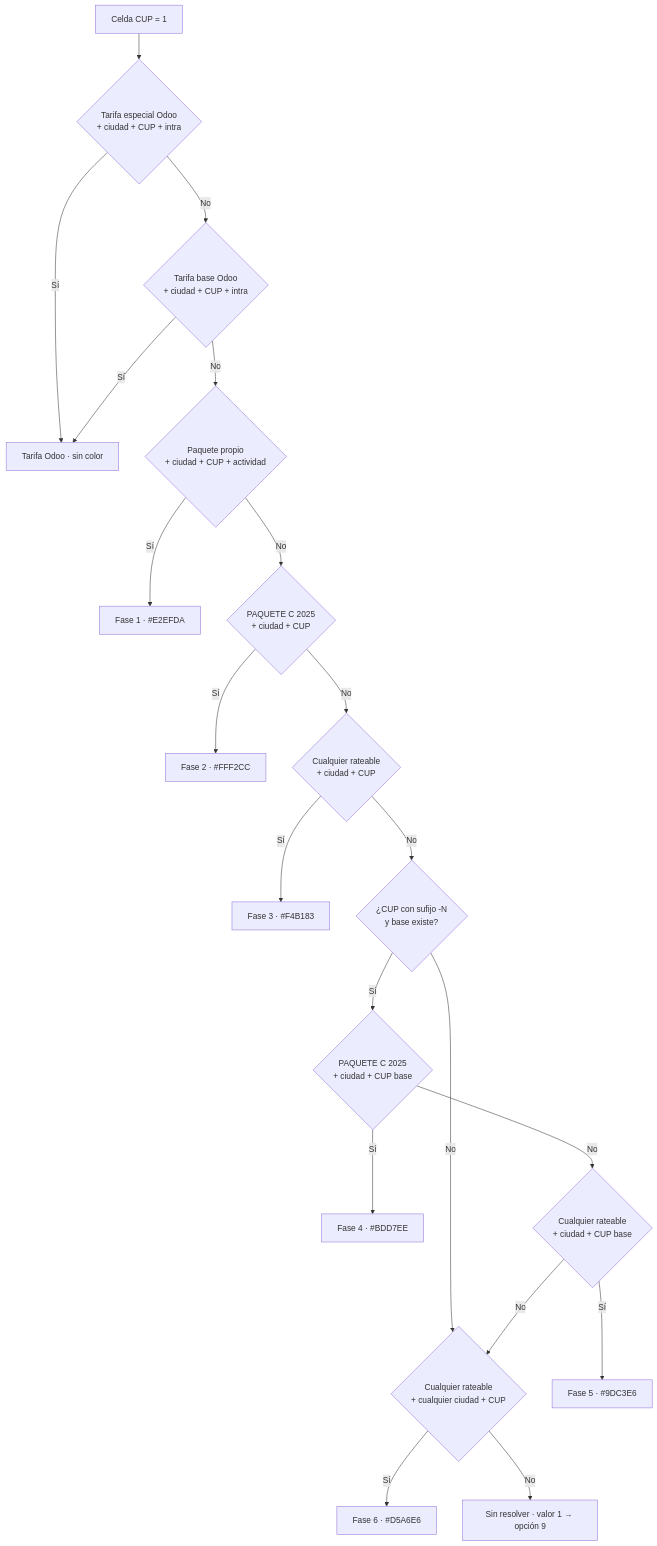
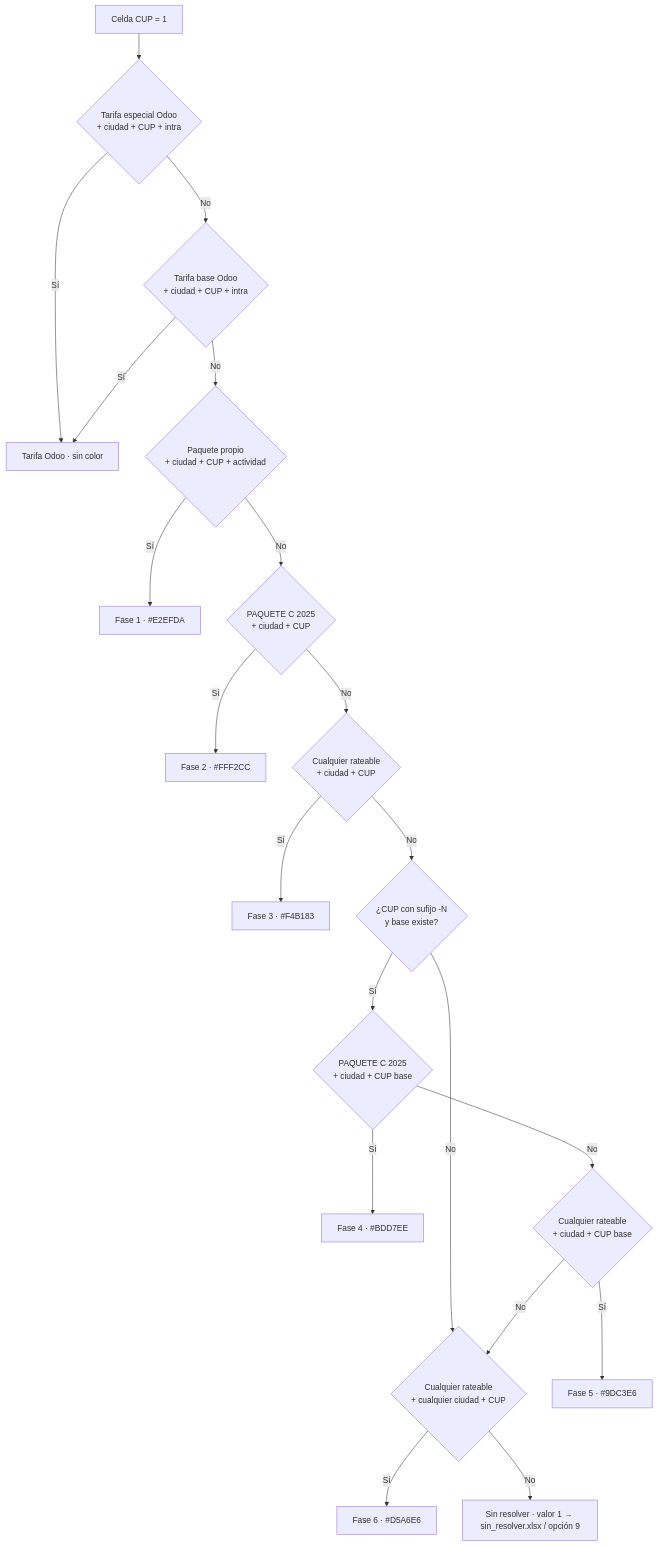
Before and after one commit to santo2409/Facturacion: the ninth of 12 diagrams in docs/c4-diagrams.md, drawn with Mermaid. The commit also changed other lines of this file, not shown here.

Commit message:
docs(docs): update c4-diagrams

````diff
--- a/docs/c4-diagrams.md
+++ b/docs/c4-diagrams.md
@@ -429,22 +429,22 @@
 ```mermaid
 flowchart TD
     S[Celda CUP = 1] --> OE{Tarifa especial Odoo<br/>+ ciudad + CUP + intra}
     OE -->|Sí| CO[Tarifa Odoo · sin color]
     OE -->|No| OB{Tarifa base Odoo<br/>+ ciudad + CUP + intra}
     OB -->|Sí| CO
     OB -->|No| P1{Paquete propio<br/>+ ciudad + CUP + actividad}
     P1 -->|Sí| C1[Fase 1 · #E2EFDA]
     P1 -->|No| P2{PAQUETE C 2025<br/>+ ciudad + CUP}
     P2 -->|Sí| C2[Fase 2 · #FFF2CC]
     P2 -->|No| P3{Cualquier rateable<br/>+ ciudad + CUP}
     P3 -->|Sí| C3[Fase 3 · #F4B183]
     P3 -->|No| H{¿CUP con sufijo -N<br/>y base existe?}
     H -->|No| P6
     H -->|Sí| P4{PAQUETE C 2025<br/>+ ciudad + CUP base}
     P4 -->|Sí| C4[Fase 4 · #BDD7EE]
     P4 -->|No| P5{Cualquier rateable<br/>+ ciudad + CUP base}
     P5 -->|Sí| C5[Fase 5 · #9DC3E6]
     P5 -->|No| P6{Cualquier rateable<br/>+ cualquier ciudad + CUP}
     P6 -->|Sí| C6[Fase 6 · #D5A6E6]
-    P6 -->|No| X["Sin resolver · valor 1 → opción 9"]
+    P6 -->|No| X["Sin resolver · valor 1 → sin_resolver.xlsx / opción 9"]
 ```
````
